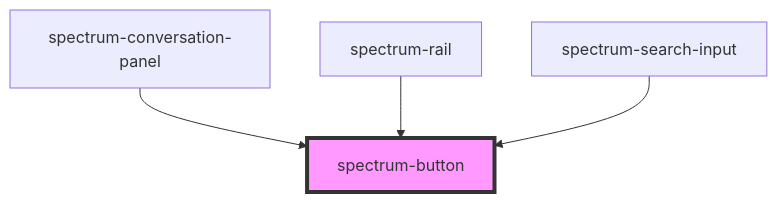
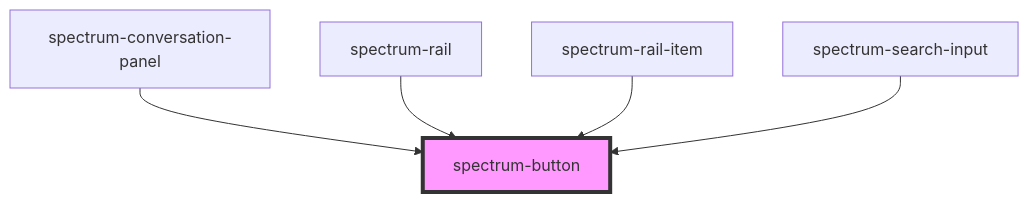
The diagram in packages/core/src/components/spectrum-button/readme.md (emamirelar/spectrum), drawn with Mermaid before and after one commit. The commit also changed other lines of this file and 29 other files, not shown here.

````diff
--- a/packages/core/src/components/spectrum-button/readme.md
+++ b/packages/core/src/components/spectrum-button/readme.md
@@ -51,7 +52,8 @@
 ```mermaid
 graph TD;
   spectrum-conversation-panel --> spectrum-button
   spectrum-rail --> spectrum-button
+  spectrum-rail-item --> spectrum-button
   spectrum-search-input --> spectrum-button
   style spectrum-button fill:#f9f,stroke:#333,stroke-width:4px
 ```
````
